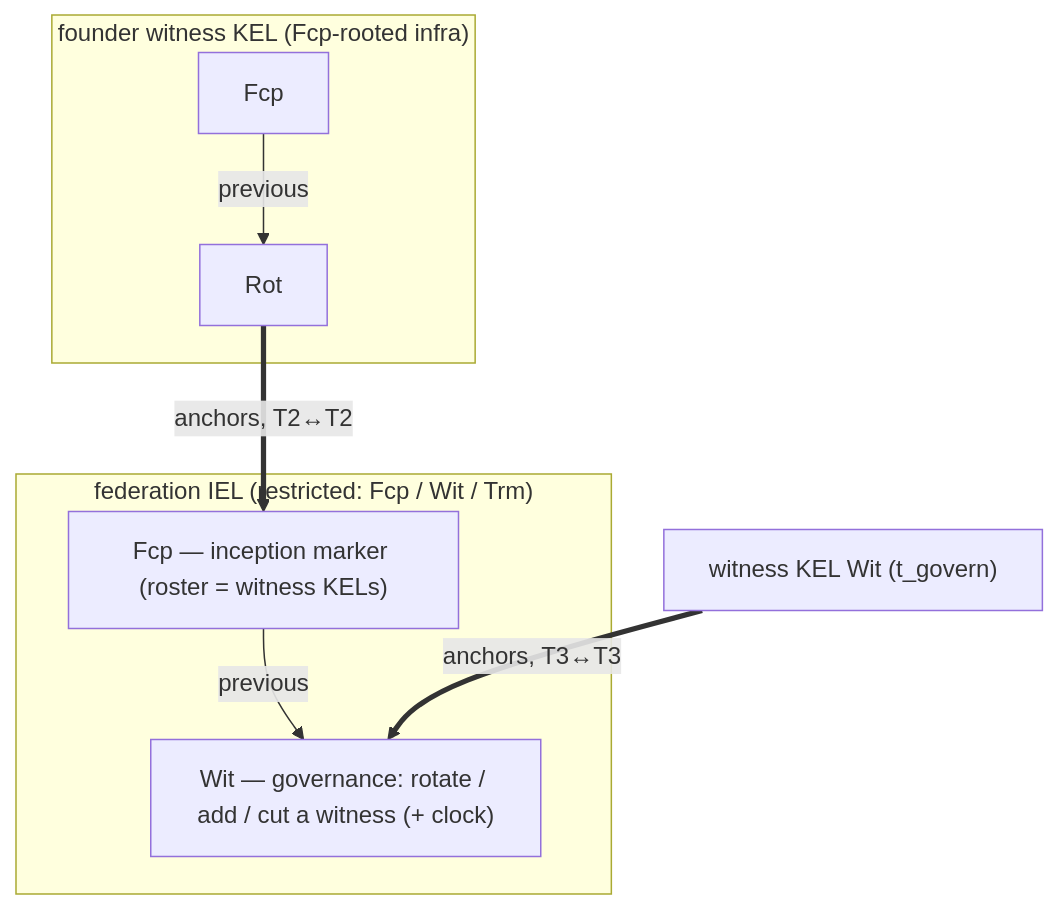
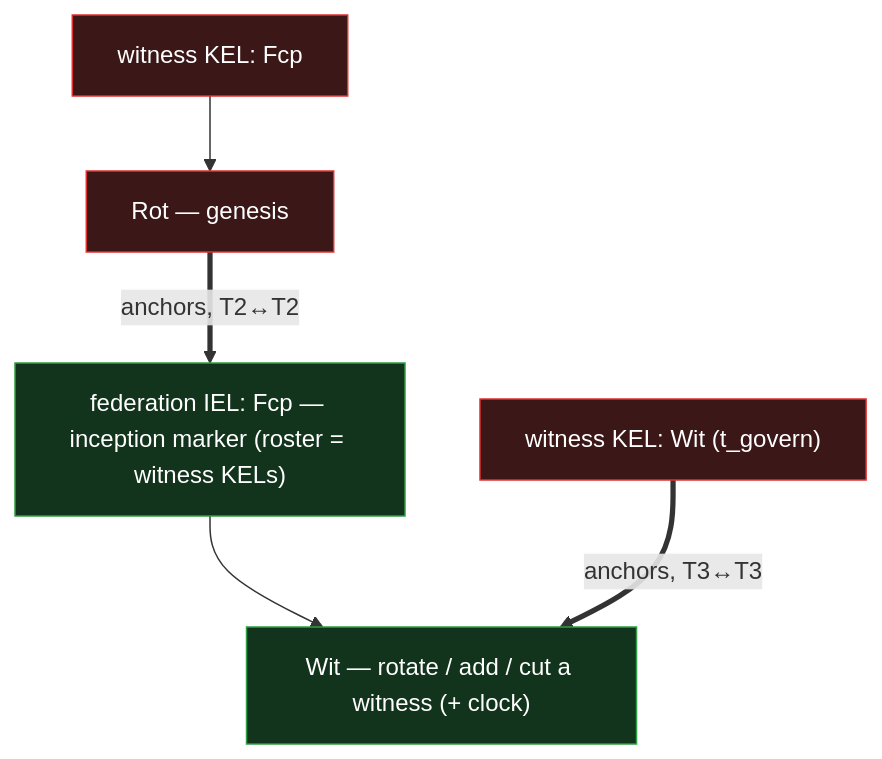
One commit to jasoncolburne/vdti changed the first of 2 diagrams in docs/design/federation/bootstrap.md. Above: the diagram before and after it, drawn with Mermaid. The commit also changed other lines of this file and 13 other files, not shown here.

Commit message:
VDTI-10: Fix table, diagrams, other defects

````diff
--- a/docs/design/federation/bootstrap.md
+++ b/docs/design/federation/bootstrap.md
@@ -17,13 +17,10 @@
 ```mermaid
 flowchart TB
-  subgraph fed["federation IEL (restricted: Fcp / Wit / Trm)"]
-    fFcp["Fcp — inception marker (roster = witness KELs)"]
-    fWit["Wit — governance: rotate / add / cut a witness (+ clock)"]
-    fFcp -->|previous| fWit
-  end
-  subgraph w["founder witness KEL (Fcp-rooted infra)"]
-    wFcp["Fcp"] -->|previous| wRot["Rot"]
-  end
+  wFcp["witness KEL: Fcp"]:::kel --> wRot["Rot — genesis"]:::kel
+  wWit["witness KEL: Wit (t_govern)"]:::kel
+  fFcp["federation IEL: Fcp — inception marker (roster = witness KELs)"]:::iel --> fWit["Wit — rotate / add / cut a witness (+ clock)"]:::iel
   wRot ==>|anchors, T2↔T2| fFcp
-  wWit["witness KEL Wit (t_govern)"] ==>|anchors, T3↔T3| fWit
+  wWit ==>|anchors, T3↔T3| fWit
+  classDef kel fill:#3b1717,stroke:#e03131,color:#fff
+  classDef iel fill:#12331c,stroke:#2f9e44,color:#fff
 ```
````
